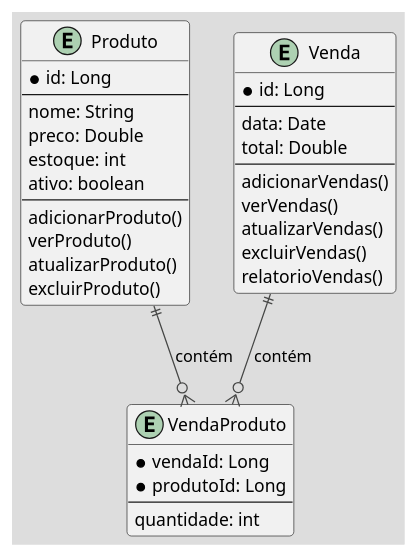
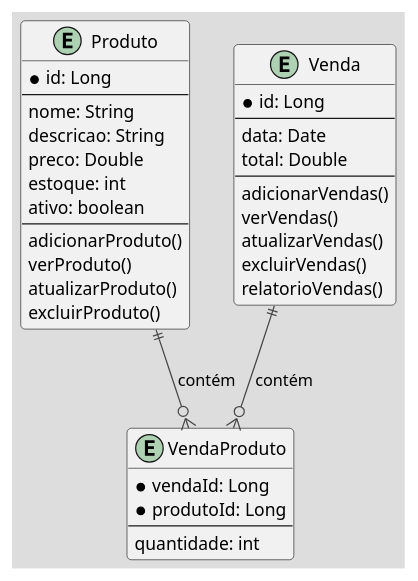
One commit to YoshiDoido/Desafio-3-UOL changed the diagram in src/classes.puml. Above: the diagram before and after it, drawn with PlantUML. The commit also changed 2 other files, not shown here.

Commit message:
Configuração de DB de Teste e Modelo ER refatorado

```diff
--- a/src/classes.puml
+++ b/src/classes.puml
@@ -1,40 +1,41 @@
 @startuml
 !theme toy
 
 entity "Produto" {
     * id: Long
     --
     nome: String
+    descricao: String
     preco: Double
     estoque: int
     ativo: boolean
     --
     adicionarProduto()
     verProduto()
     atualizarProduto()
     excluirProduto()
 }
 
 entity "Venda" {
     * id: Long
     --
     data: Date
     total: Double
     --
     adicionarVendas()
     verVendas()
     atualizarVendas()
     excluirVendas()
     relatorioVendas()
 }
 
 entity "VendaProduto" {
     * vendaId: Long
     * produtoId: Long
     --
     quantidade: int
 }
 
 Produto ||--o{ VendaProduto: contém
 Venda ||--o{ VendaProduto: contém
 @enduml
```
